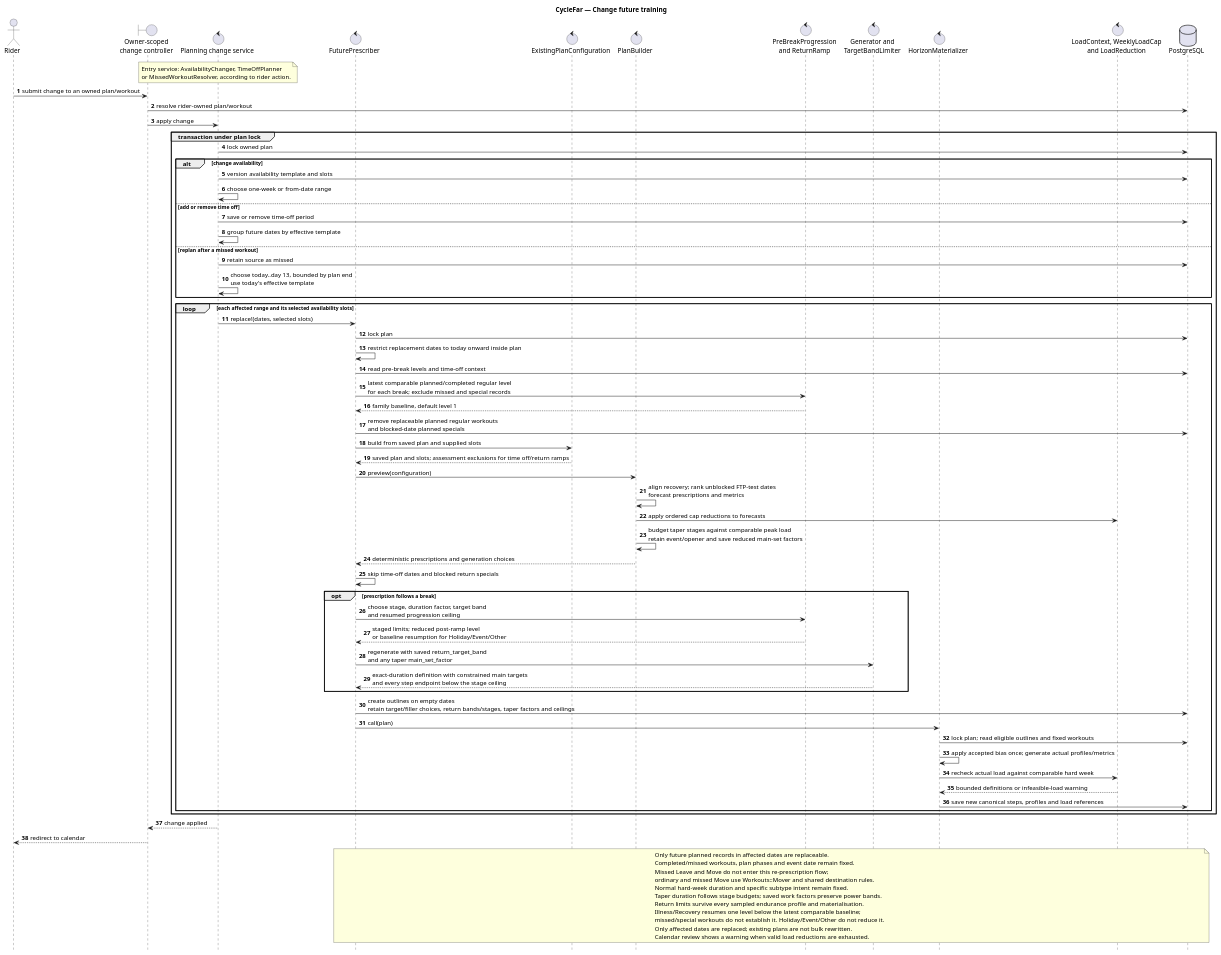
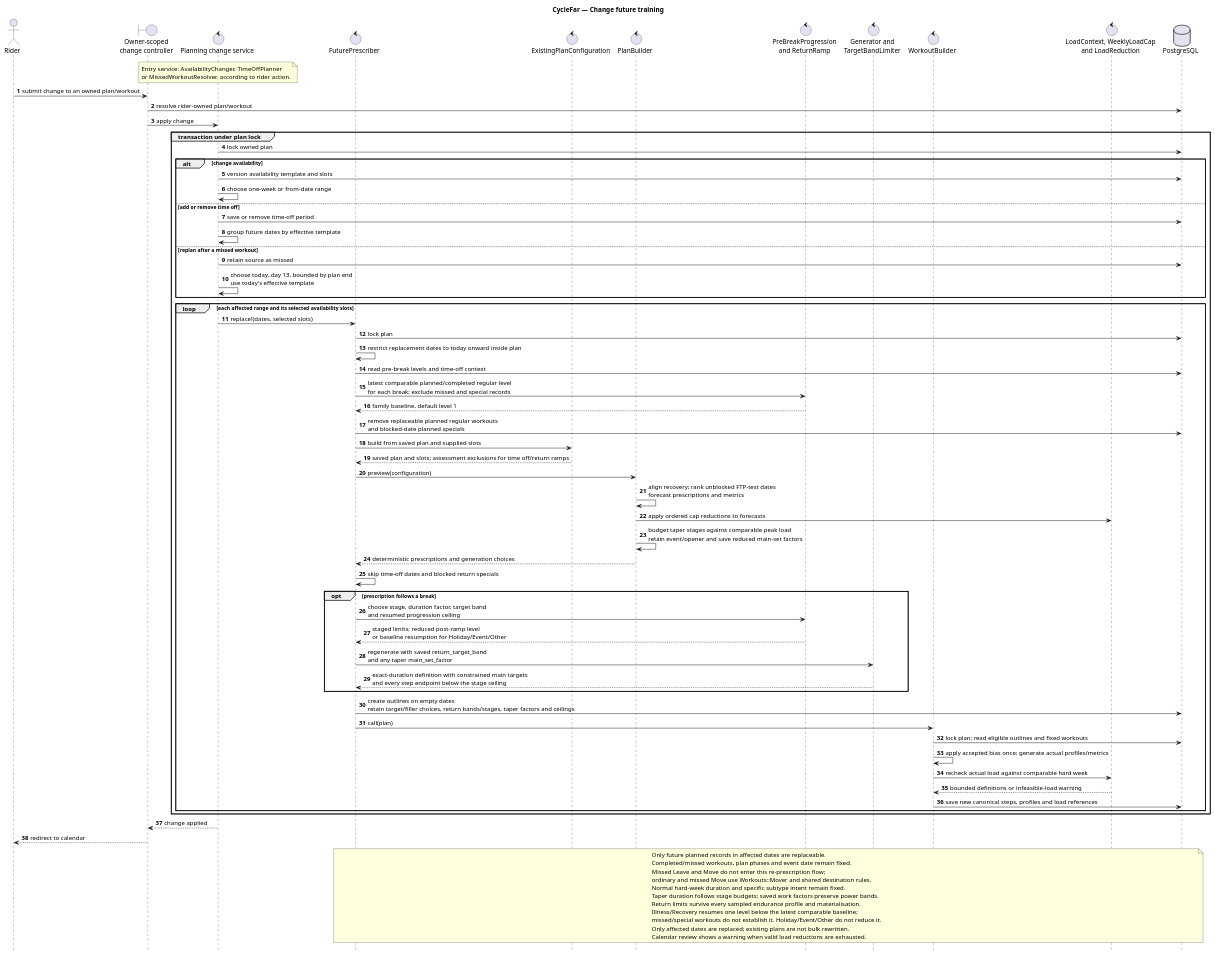
One commit to richardhartme/cyclefar changed the diagram in docs/diagrams/sequence-cyclefar-future-replanning.puml. Above: the diagram before and after it, drawn with PlantUML. The commit also changed 22 other files, not shown here.

Commit message:
Rename horizon materializer to workout builder

```diff
--- a/docs/diagrams/sequence-cyclefar-future-replanning.puml
+++ b/docs/diagrams/sequence-cyclefar-future-replanning.puml
@@ -1,87 +1,87 @@
 @startuml
 title CycleFar — Change future training
 
 autonumber
 hide footbox
 
 actor Rider
 boundary "Owner-scoped\nchange controller" as Controller
 control "Planning change service" as ChangeService
 control "FuturePrescriber" as Prescriber
 control "ExistingPlanConfiguration" as ExistingConfiguration
 control "PlanBuilder" as Builder
 control "PreBreakProgression\nand ReturnRamp" as ReturnRules
 control "Generator and\nTargetBandLimiter" as Generator
-control "HorizonMaterializer" as Materializer
+control "WorkoutBuilder" as Materializer
 control "LoadContext, WeeklyLoadCap\nand LoadReduction" as LoadRules
 database "PostgreSQL" as Database
 
 note over ChangeService
   Entry service: AvailabilityChanger, TimeOffPlanner
   or MissedWorkoutResolver, according to rider action.
 end note
 
 Rider -> Controller: submit change to an owned plan/workout
 Controller -> Database: resolve rider-owned plan/workout
 Controller -> ChangeService: apply change
 group transaction under plan lock
   ChangeService -> Database: lock owned plan
   alt change availability
     ChangeService -> Database: version availability template and slots
     ChangeService -> ChangeService: choose one-week or from-date range
   else add or remove time off
     ChangeService -> Database: save or remove time-off period
     ChangeService -> ChangeService: group future dates by effective template
   else replan after a missed workout
     ChangeService -> Database: retain source as missed
     ChangeService -> ChangeService: choose today..day 13, bounded by plan end\nuse today's effective template
   end
 
   loop each affected range and its selected availability slots
     ChangeService -> Prescriber: replace!(dates, selected slots)
     Prescriber -> Database: lock plan
     Prescriber -> Prescriber: restrict replacement dates to today onward inside plan
     Prescriber -> Database: read pre-break levels and time-off context
     Prescriber -> ReturnRules: latest comparable planned/completed regular level\nfor each break; exclude missed and special records
     ReturnRules --> Prescriber: family baseline, default level 1
     Prescriber -> Database: remove replaceable planned regular workouts\nand blocked-date planned specials
     Prescriber -> ExistingConfiguration: build from saved plan and supplied slots
     ExistingConfiguration --> Prescriber: saved plan and slots; assessment exclusions for time off/return ramps
     Prescriber -> Builder: preview(configuration)
     Builder -> Builder: align recovery; rank unblocked FTP-test dates\nforecast prescriptions and metrics
     Builder -> LoadRules: apply ordered cap reductions to forecasts
     Builder -> Builder: budget taper stages against comparable peak load\nretain event/opener and save reduced main-set factors
     Builder --> Prescriber: deterministic prescriptions and generation choices
     Prescriber -> Prescriber: skip time-off dates and blocked return specials
     opt prescription follows a break
       Prescriber -> ReturnRules: choose stage, duration factor, target band\nand resumed progression ceiling
       ReturnRules --> Prescriber: staged limits; reduced post-ramp level\nor baseline resumption for Holiday/Event/Other
       Prescriber -> Generator: regenerate with saved return_target_band\nand any taper main_set_factor
       Generator --> Prescriber: exact-duration definition with constrained main targets\nand every step endpoint below the stage ceiling
     end
     Prescriber -> Database: create outlines on empty dates\nretain target/filler choices, return bands/stages, taper factors and ceilings
     Prescriber -> Materializer: call(plan)
     Materializer -> Database: lock plan; read eligible outlines and fixed workouts
     Materializer -> Materializer: apply accepted bias once; generate actual profiles/metrics
     Materializer -> LoadRules: recheck actual load against comparable hard week
     LoadRules --> Materializer: bounded definitions or infeasible-load warning
     Materializer -> Database: save new canonical steps, profiles and load references
   end
 end
 ChangeService --> Controller: change applied
 Controller --> Rider: redirect to calendar
 
 note over Prescriber, Database
   Only future planned records in affected dates are replaceable.
   Completed/missed workouts, plan phases and event date remain fixed.
   Missed Leave and Move do not enter this re-prescription flow;
   ordinary and missed Move use Workouts::Mover and shared destination rules.
   Normal hard-week duration and specific subtype intent remain fixed.
   Taper duration follows stage budgets; saved work factors preserve power bands.
   Return limits survive every sampled endurance profile and materialisation.
   Illness/Recovery resumes one level below the latest comparable baseline;
   missed/special workouts do not establish it. Holiday/Event/Other do not reduce it.
   Only affected dates are replaced; existing plans are not bulk rewritten.
   Calendar review shows a warning when valid load reductions are exhausted.
 end note
 @enduml
```
